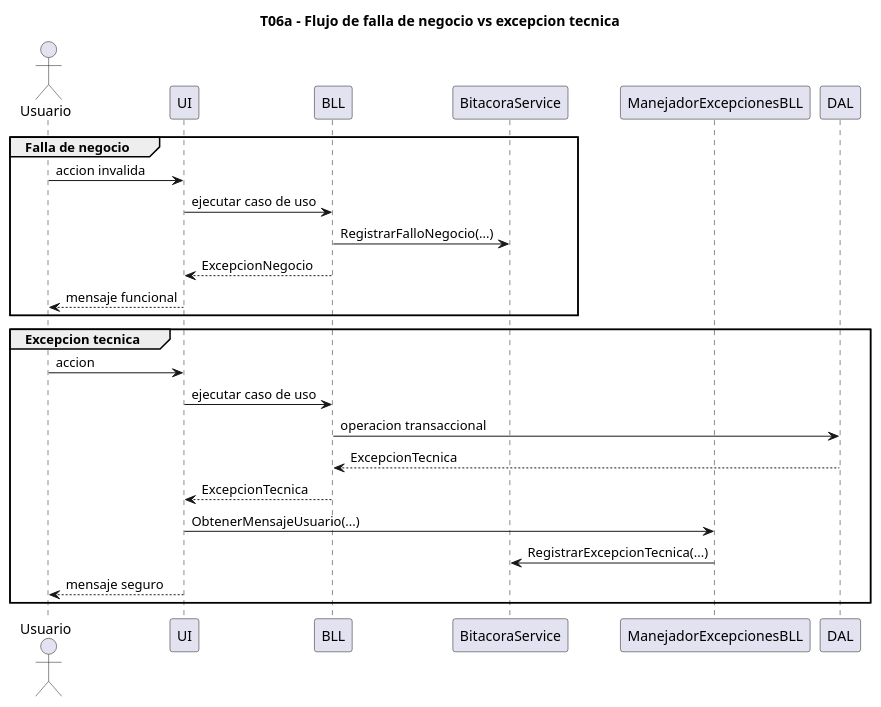
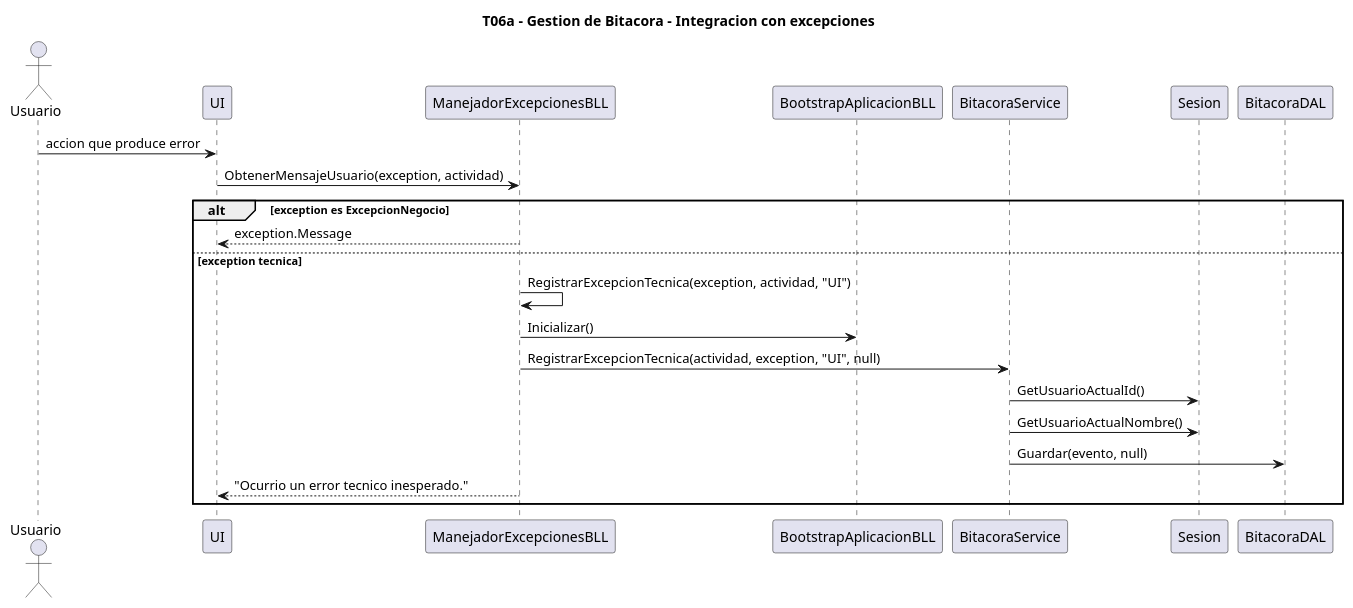
The diagram in diagramas/T06a-bitacora/T06a-integracion-excepciones-secuencia.puml (aggutierrez98/TP-TD), drawn with PlantUML before and after one commit. The commit also changed 48 other files, not shown here.

Commit message:
Añadir diagramas y cambiar nombre de carpeta

```diff
--- a/diagramas/T06a-bitacora/T06a-integracion-excepciones-secuencia.puml
+++ b/diagramas/T06a-bitacora/T06a-integracion-excepciones-secuencia.puml
@@ -1,29 +1,27 @@
 @startuml
-title T06a - Flujo de falla de negocio vs excepcion tecnica
+title T06a - Gestion de Bitacora - Integracion con excepciones
 
 actor Usuario
 participant UI
-participant BLL
+participant "ManejadorExcepcionesBLL" as ManejadorExcepcionesBLL
+participant "BootstrapAplicacionBLL" as BootstrapAplicacionBLL
 participant "BitacoraService" as BitacoraService
-participant "ManejadorExcepcionesBLL" as ManejadorExcepcionesBLL
-participant DAL
+participant "Sesion" as Sesion
+participant "BitacoraDAL" as BitacoraDAL
 
-group Falla de negocio
-Usuario -> UI : accion invalida
-UI -> BLL : ejecutar caso de uso
-BLL -> BitacoraService : RegistrarFalloNegocio(...)
-BLL --> UI : ExcepcionNegocio
-UI --> Usuario : mensaje funcional
+Usuario -> UI : accion que produce error
+UI -> ManejadorExcepcionesBLL : ObtenerMensajeUsuario(exception, actividad)
+
+alt exception es ExcepcionNegocio
+  ManejadorExcepcionesBLL --> UI : exception.Message
+else exception tecnica
+  ManejadorExcepcionesBLL -> ManejadorExcepcionesBLL : RegistrarExcepcionTecnica(exception, actividad, "UI")
+  ManejadorExcepcionesBLL -> BootstrapAplicacionBLL : Inicializar()
+  ManejadorExcepcionesBLL -> BitacoraService : RegistrarExcepcionTecnica(actividad, exception, "UI", null)
+  BitacoraService -> Sesion : GetUsuarioActualId()
+  BitacoraService -> Sesion : GetUsuarioActualNombre()
+  BitacoraService -> BitacoraDAL : Guardar(evento, null)
+  ManejadorExcepcionesBLL --> UI : "Ocurrio un error tecnico inesperado."
 end
 
-group Excepcion tecnica
-Usuario -> UI : accion
-UI -> BLL : ejecutar caso de uso
-BLL -> DAL : operacion transaccional
-DAL --> BLL : ExcepcionTecnica
-BLL --> UI : ExcepcionTecnica
-UI -> ManejadorExcepcionesBLL : ObtenerMensajeUsuario(...)
-ManejadorExcepcionesBLL -> BitacoraService : RegistrarExcepcionTecnica(...)
-UI --> Usuario : mensaje seguro
-end
 @enduml
```
